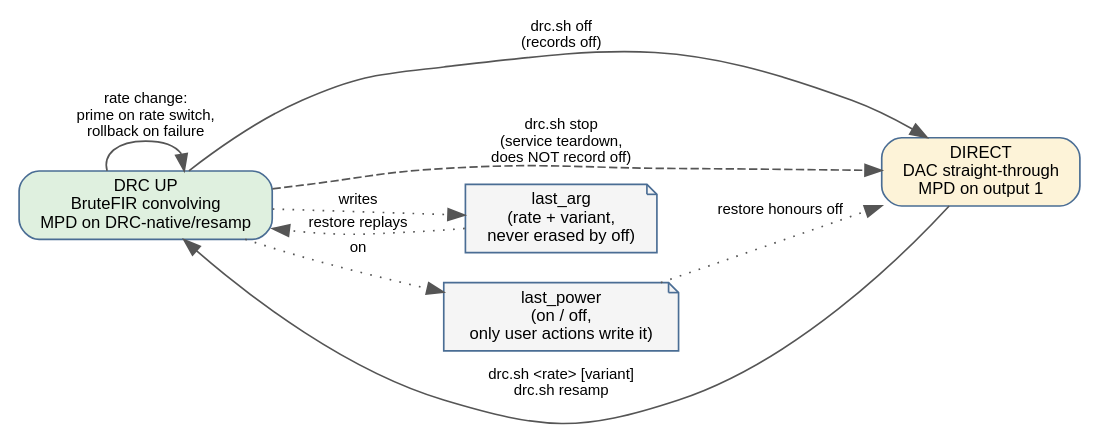
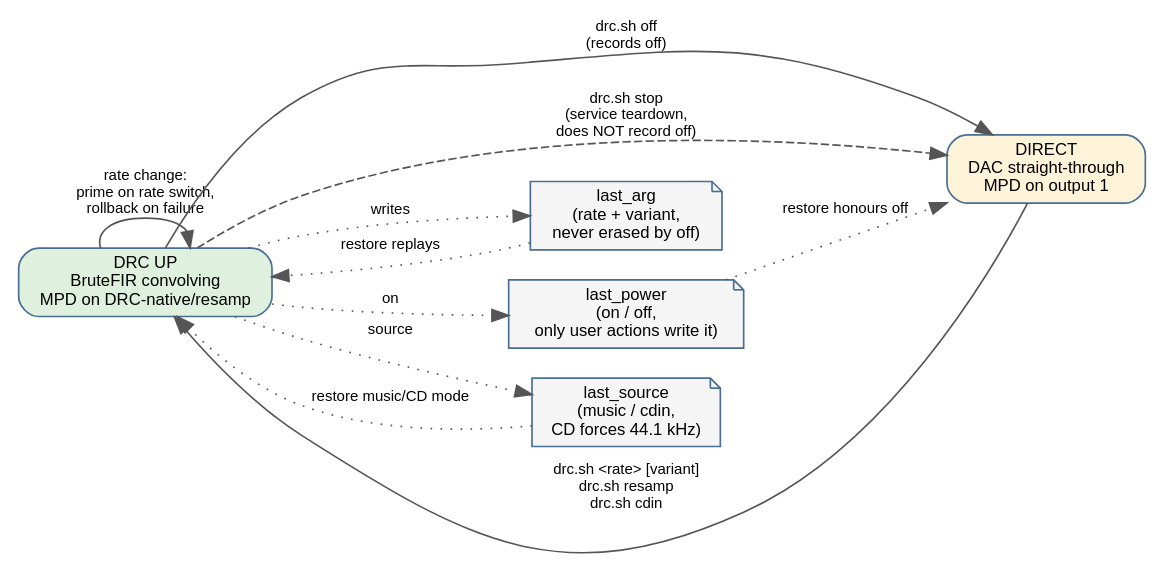
One commit to delleceste/open-media-drc changed the diagram in doc/pdf/diagrams/drc-states.dot. Above: the diagram before and after it, drawn with Graphviz. The commit also changed 65 other files, not shown here.

```diff
--- a/doc/pdf/diagrams/drc-states.dot
+++ b/doc/pdf/diagrams/drc-states.dot
@@ -1,23 +1,26 @@
-// drc.sh verbs and the two persistent state files.
+// drc.sh verbs and the persistent lifecycle state.
 digraph drc_states {
     rankdir=LR;
     fontname="Helvetica";
     node [fontname="Helvetica", fontsize=10, shape=box, style="rounded,filled", fillcolor="#eef4fb", color="#4a6d94"];
     edge [fontname="Helvetica", fontsize=9, color="#555555"];
 
     up   [label="DRC UP\nBruteFIR convolving\nMPD on DRC-native/resamp", fillcolor="#dff0df"];
     down [label="DIRECT\nDAC straight-through\nMPD on output 1", fillcolor="#fdf3d8"];
 
     la [label="last_arg\n(rate + variant,\nnever erased by off)", shape=note, fillcolor="#f5f5f5"];
     lp [label="last_power\n(on / off,\nonly user actions write it)", shape=note, fillcolor="#f5f5f5"];
+    ls [label="last_source\n(music / cdin,\nCD forces 44.1 kHz)", shape=note, fillcolor="#f5f5f5"];
 
-    down -> up  [label="drc.sh <rate> [variant]\ndrc.sh resamp"];
+    down -> up  [label="drc.sh <rate> [variant]\ndrc.sh resamp\ndrc.sh cdin"];
     up -> down  [label="drc.sh off\n(records off)"];
     up -> down  [label="drc.sh stop\n(service teardown,\ndoes NOT record off)", style=dashed];
     up -> up    [label="rate change:\nprime on rate switch,\nrollback on failure"];
 
     up -> la    [style=dotted, label="writes"];
     up -> lp    [style=dotted, label="on"];
+    up -> ls    [style=dotted, label="source"];
     la -> up    [style=dotted, label="restore replays"];
     lp -> down  [style=dotted, label="restore honours off"];
+    ls -> up    [style=dotted, label="restore music/CD mode"];
 }
```
